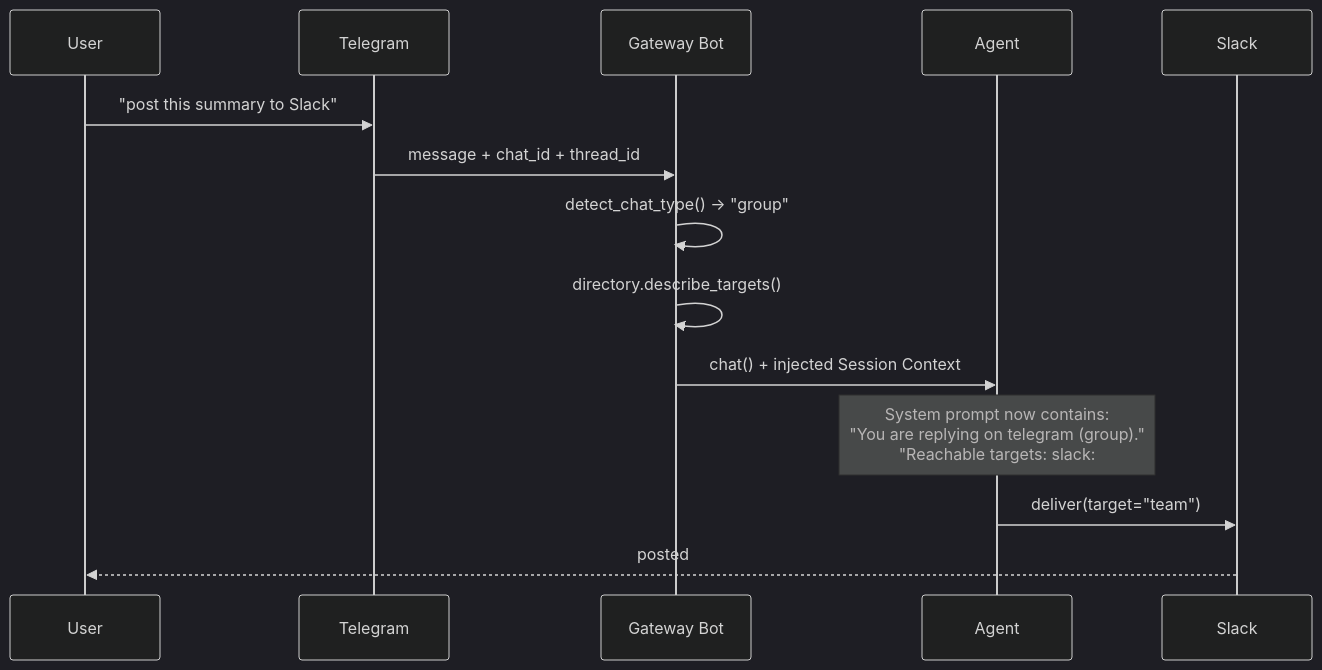
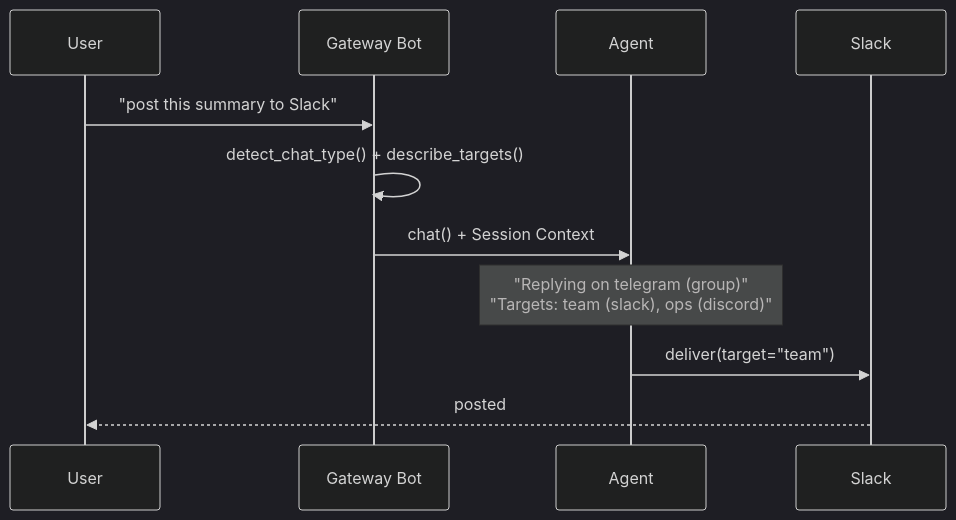
Before and after one commit to MervinPraison/PraisonAIDocs: the second of 2 diagrams in docs/features/platform-aware-agents.mdx, drawn with Mermaid (dark theme). The commit also changed other lines of this file and 4 other files, not shown here.

````diff
--- a/docs/features/platform-aware-agents.mdx
+++ b/docs/features/platform-aware-agents.mdx
@@ -103,17 +92,14 @@
 ```mermaid
 sequenceDiagram
     participant User
-    participant Telegram
     participant Bot as Gateway Bot
     participant Agent
     participant Slack
 
-    User->>Telegram: "post this summary to Slack"
-    Telegram->>Bot: message + chat_id + thread_id
-    Bot->>Bot: detect_chat_type() → "group"
-    Bot->>Bot: directory.describe_targets()
-    Bot->>Agent: chat() + injected Session Context
-    Note over Agent: System prompt now contains:<br/>"You are replying on telegram (group)."<br/>"Reachable targets: slack:#general (home)..."
+    User->>Bot: "post this summary to Slack"
+    Bot->>Bot: detect_chat_type() + describe_targets()
+    Bot->>Agent: chat() + Session Context
+    Note over Agent: "Replying on telegram (group)"<br/>"Targets: team (slack), ops (discord)"
     Agent->>Slack: deliver(target="team")
     Slack-->>User: posted
 ```
````
